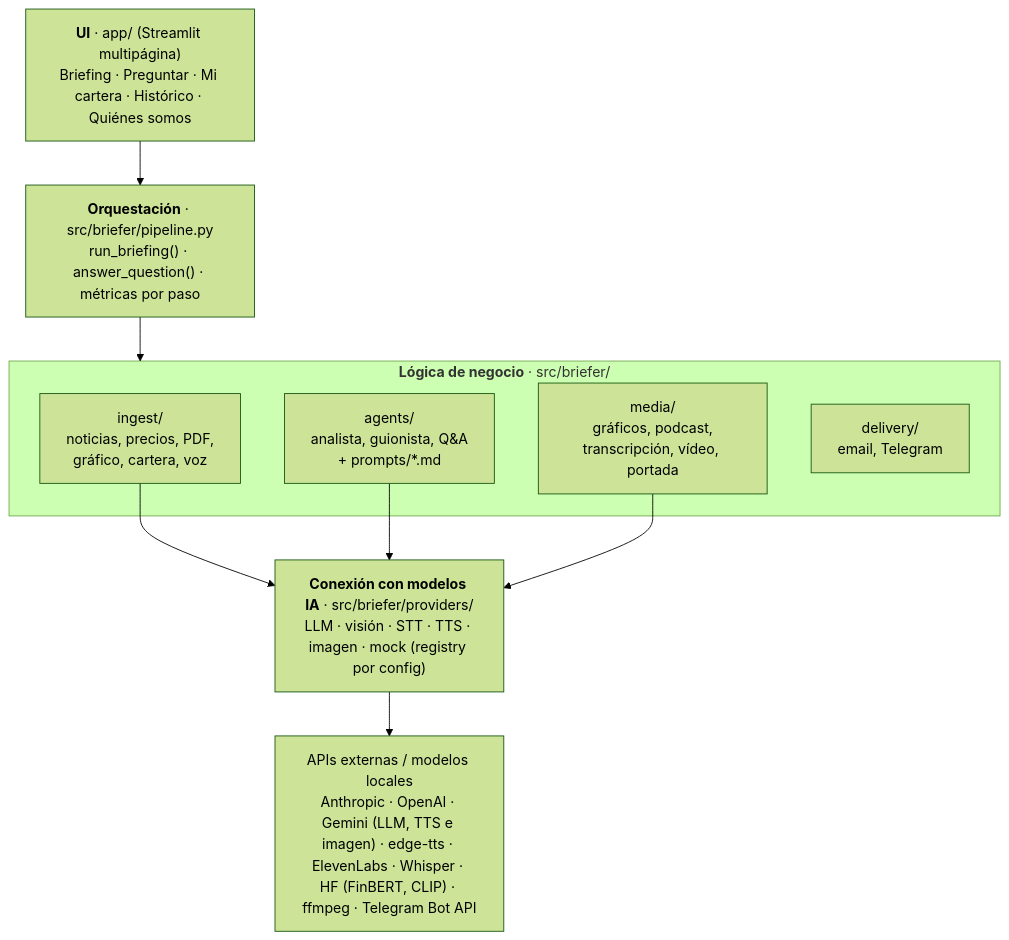
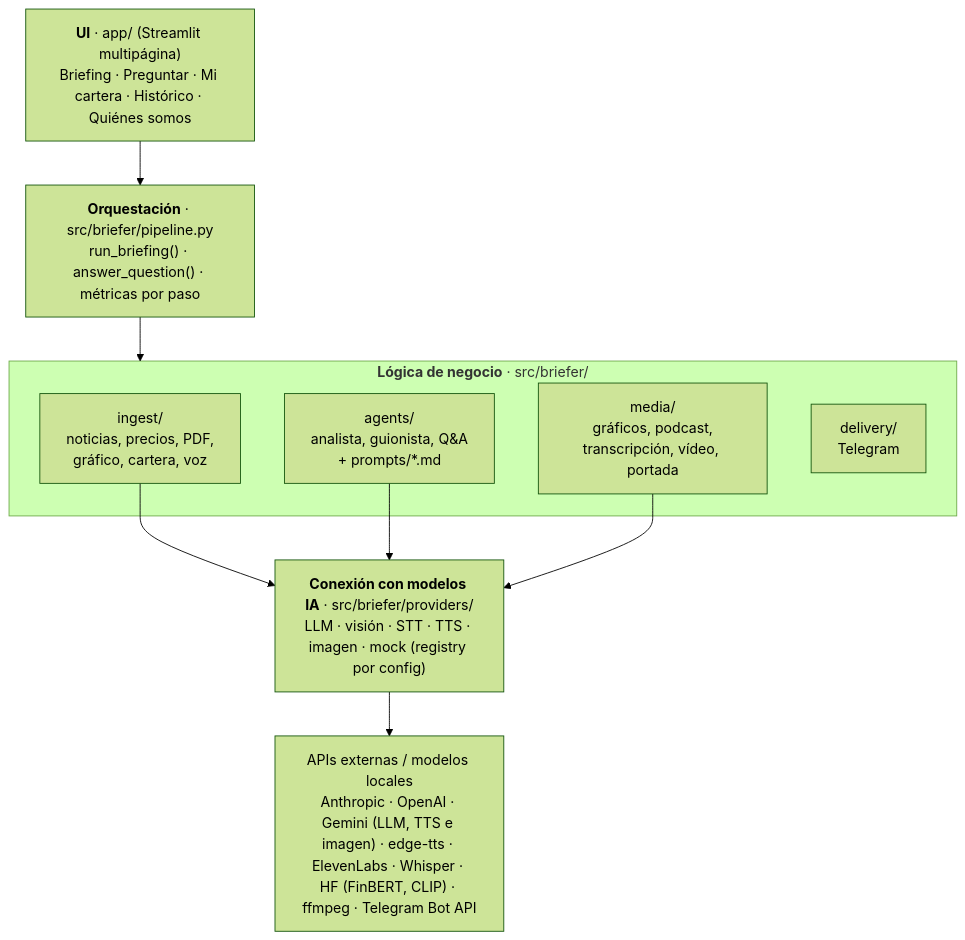
Before and after one commit to Romequinco/multimodal-market-briefer: the second of 2 diagrams in README.md, drawn with Mermaid (forest theme). The commit also changed other lines of this file and 28 other files, not shown here.

Commit message:
Email retirado: la entrega es por web y Telegram (código, configuración, UI, tests y documentación)

````diff
--- a/README.md
+++ b/README.md
@@ -235,19 +233,19 @@
 ```mermaid
 flowchart TB
     UI["<b>UI</b> · app/ (Streamlit multipágina)<br/>Briefing · Preguntar · Mi cartera · Histórico · Quiénes somos"]
     PL["<b>Orquestación</b> · src/briefer/pipeline.py<br/>run_briefing() · answer_question() · métricas por paso"]
     subgraph BIZ["<b>Lógica de negocio</b> · src/briefer/"]
         ING["ingest/<br/>noticias, precios, PDF,<br/>gráfico, cartera, voz"]
         AGT["agents/<br/>analista, guionista, Q&A<br/>+ prompts/*.md"]
         MED["media/<br/>gráficos, podcast,<br/>transcripción, vídeo, portada"]
-        DLV["delivery/<br/>email, Telegram"]
+        DLV["delivery/<br/>Telegram"]
     end
     PRV["<b>Conexión con modelos IA</b> · src/briefer/providers/<br/>LLM · visión · STT · TTS · imagen · mock (registry por config)"]
     X["APIs externas / modelos locales<br/>Anthropic · OpenAI · Gemini (LLM, TTS e imagen) · edge-tts · ElevenLabs · Whisper · HF (FinBERT, CLIP) · ffmpeg · Telegram Bot API"]
 
     UI --> PL --> BIZ
     ING --> PRV
     AGT --> PRV
     MED --> PRV
     PRV --> X
 ```
````
